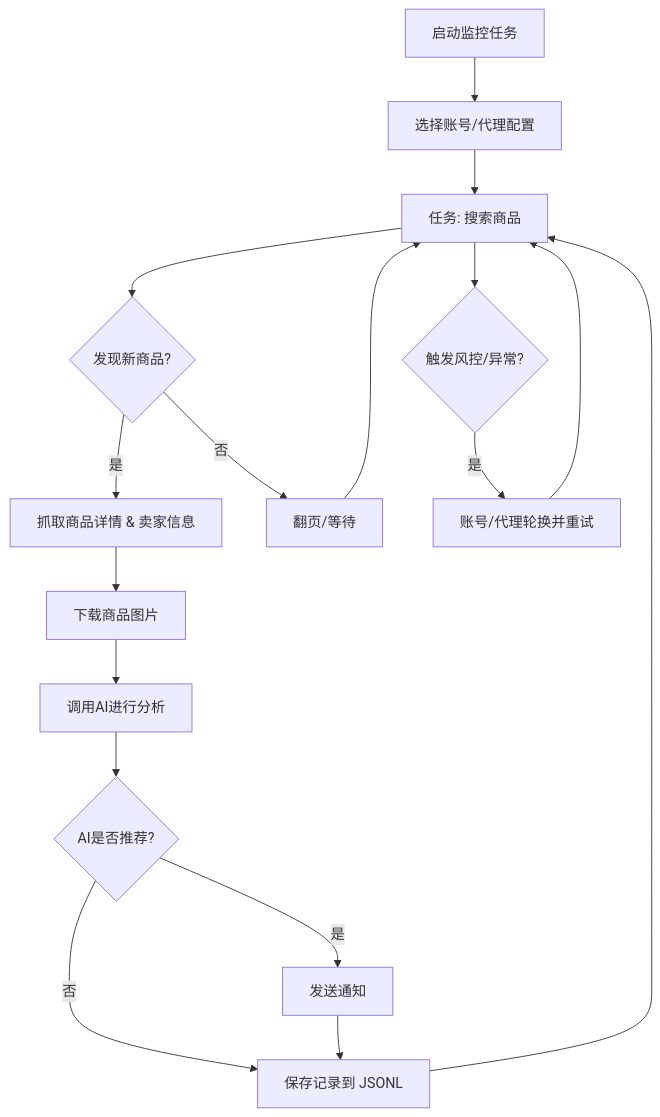
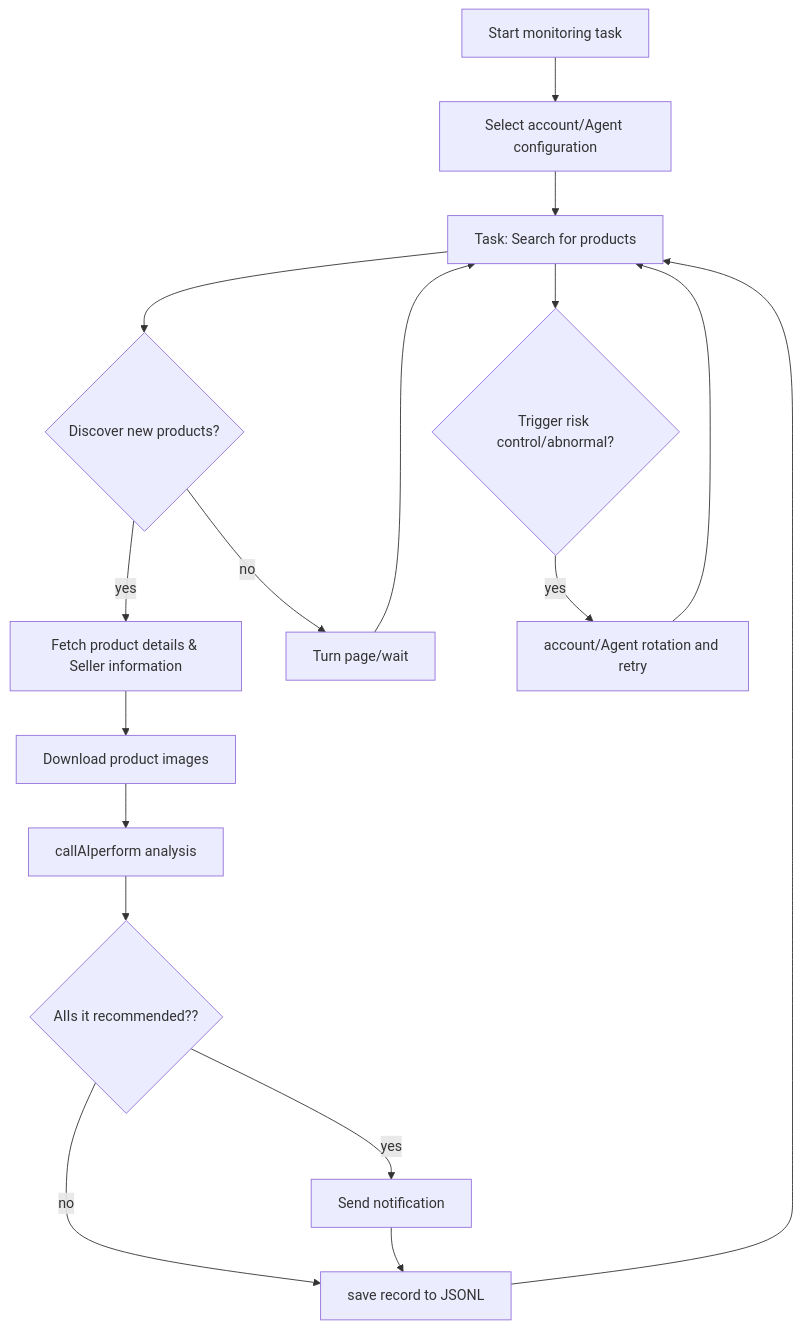
The diagram in README.md (doubledeckwa/ai-goofish-monitor), drawn with Mermaid before and after one commit. The commit also changed other lines of this file and 73 other files, not shown here.

````diff
--- a/README.md
+++ b/README.md
@@ -123,19 +123,19 @@
 ```mermaid
 graph TD
-    A[启动监控任务] --> B[选择账号/代理配置];
-    B --> C[任务: 搜索商品];
-    C --> D{发现新商品?};
-    D -- 是 --> E[抓取商品详情 & 卖家信息];
-    E --> F[下载商品图片];
-    F --> G[调用AI进行分析];
-    G --> H{AI是否推荐?};
-    H -- 是 --> I[发送通知];
-    H -- 否 --> J[保存记录到 JSONL];
+    A[Start monitoring task] --> B[Select account/Agent configuration];
+    B --> C[Task: Search for products];
+    C --> D{Discover new products?};
+    D -- yes --> E[Fetch product details & Seller information];
+    E --> F[Download product images];
+    F --> G[callAIperform analysis];
+    G --> H{AIIs it recommended??};
+    H -- yes --> I[Send notification];
+    H -- no --> J[save record to JSONL];
     I --> J;
-    D -- 否 --> K[翻页/等待];
+    D -- no --> K[Turn page/wait];
     K --> C;
     J --> C;
-    C --> L{触发风控/异常?};
-    L -- 是 --> M[账号/代理轮换并重试];
+    C --> L{Trigger risk control/abnormal?};
+    L -- yes --> M[account/Agent rotation and retry];
     M --> C;
 ```
````
